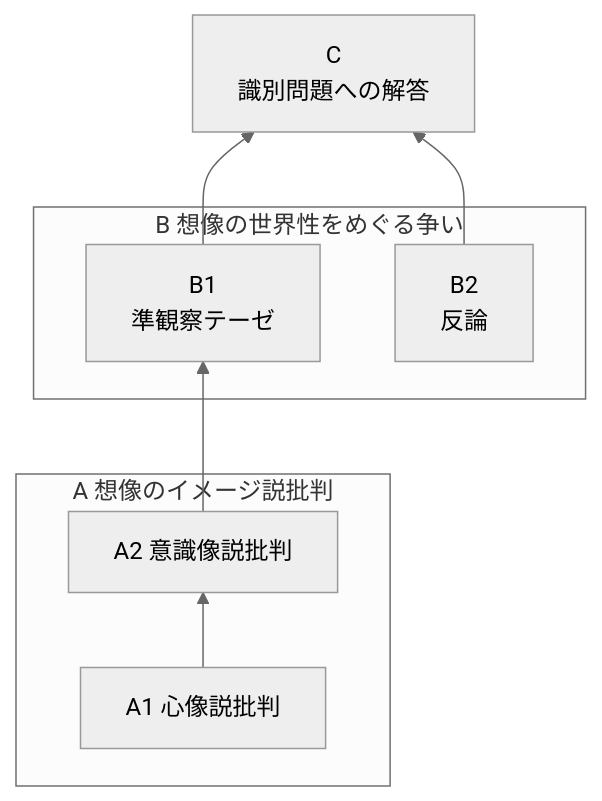
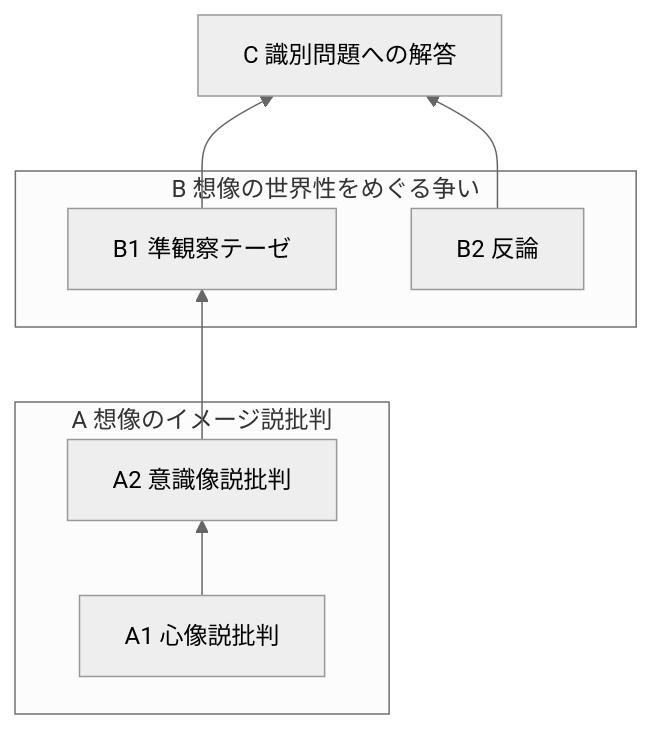
Before and after one commit to kyonenya/slidev-playground: the first of 2 diagrams in slides.md, drawn with Mermaid (neutral theme).

Commit message:
chore: slim diaglam

````diff
--- a/slides.md
+++ b/slides.md
@@ -27,15 +27,15 @@
 ```mermaid
 flowchart BT
     A1 --> A2
     A2 --> B1
-    B1 --> C[C<br>識別問題への解答]
+    B1 --> C[C 識別問題への解答]
     B2 --> C
 subgraph A 想像のイメージ説批判 
     A1[A1 心像説批判]
     A2[A2 意識像説批判]
 end
 subgraph B 想像の世界性をめぐる争い
-    B1[B1<br/>準観察テーゼ]
-    B2[B2<br/>反論]
+    B1[B1 準観察テーゼ]
+    B2[B2 反論]
 end
 ```
````
